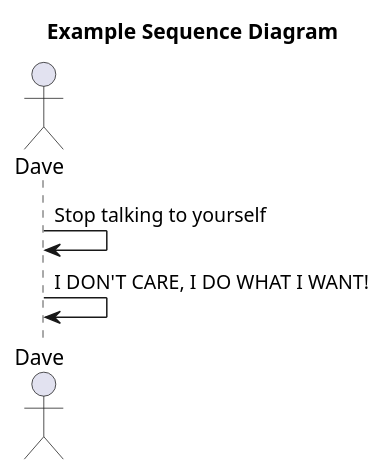
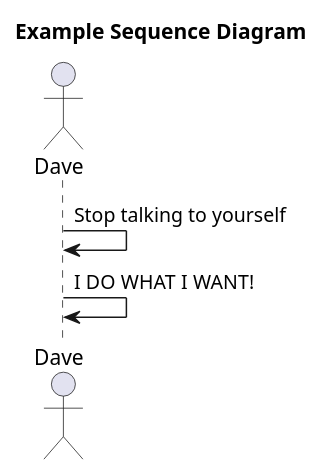
Before and after one commit to david-w-millar/grails-plantuml-plugin: the diagram in src/resources/ExampleSequenceDiagram.puml, drawn with PlantUML. The commit also changed 24 other files, not shown here.

```diff
--- a/src/resources/ExampleSequenceDiagram.puml
+++ b/src/resources/ExampleSequenceDiagram.puml
@@ -1,6 +1,6 @@
 @startuml
 actor Dave
 title Example Sequence Diagram
 Dave->Dave: Stop talking to yourself
-Dave->Dave: I DON'T CARE, I DO WHAT I WANT!
+Dave->Dave: I DO WHAT I WANT!
 @enduml
```
